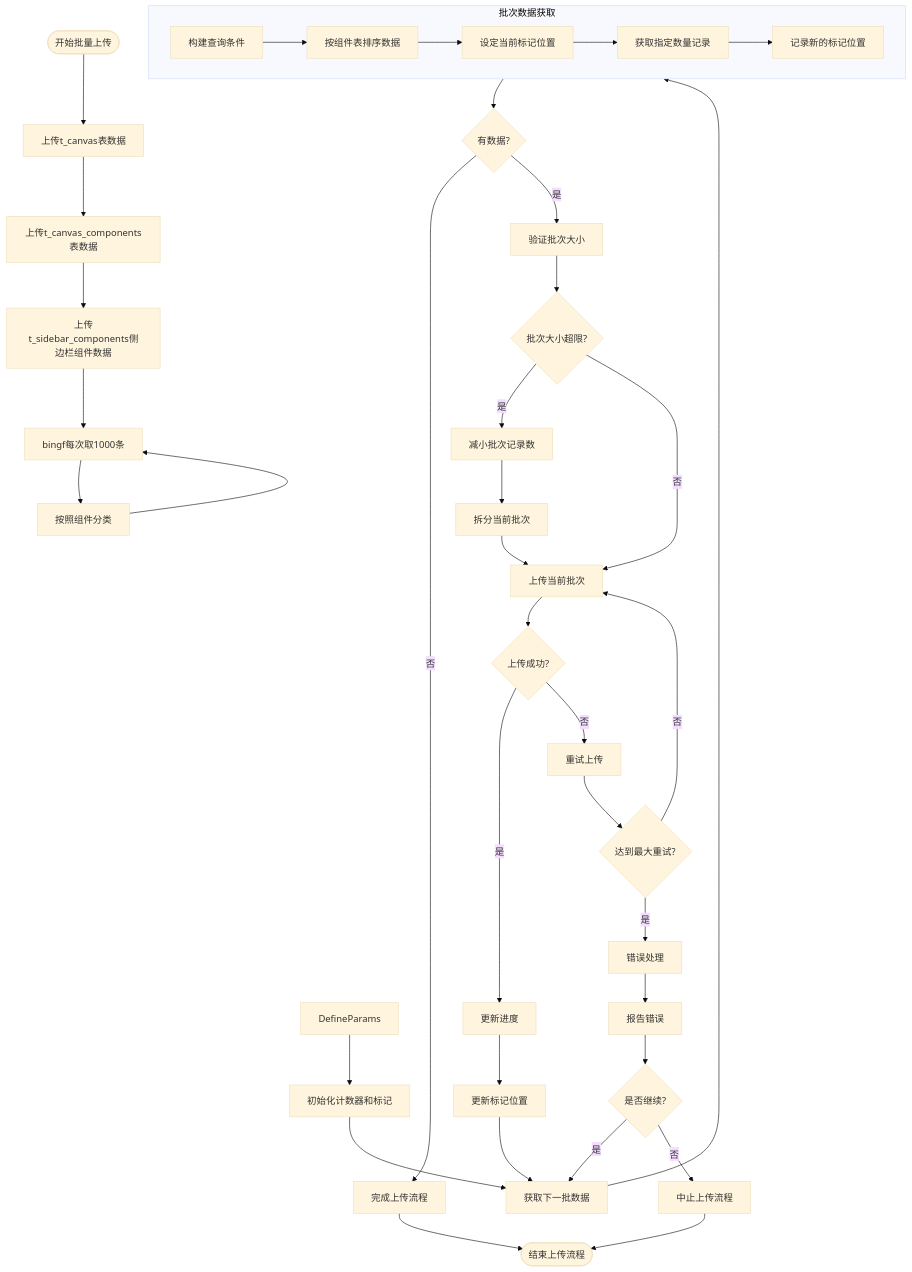
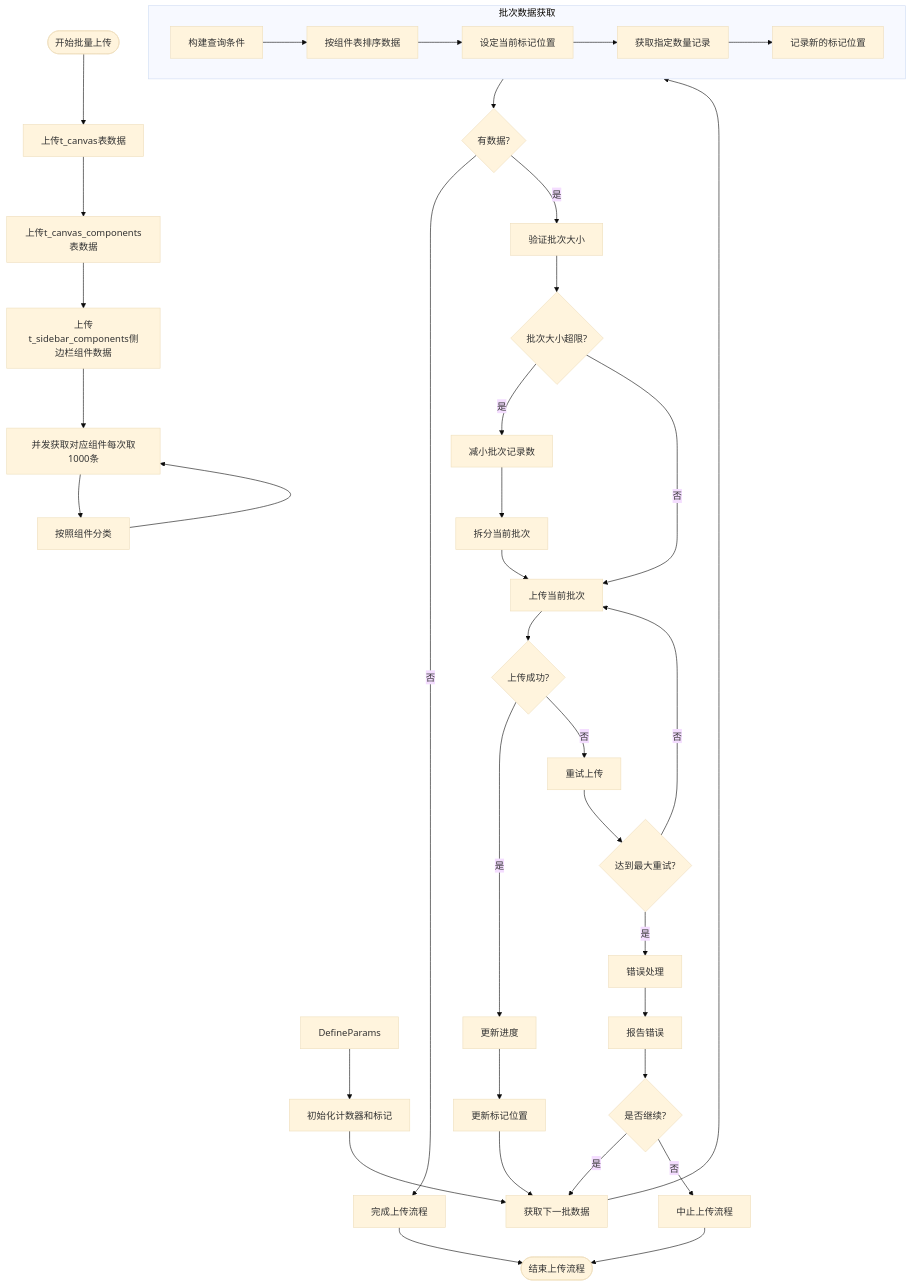
One commit to yingjianzh/iodraw-files changed the diagram in all/未命名-51.md. Above: the diagram before and after it, drawn with Mermaid (base theme).

Commit message:
2025-05-08 17:27:29 update

````diff
--- a/all/未命名-51.md
+++ b/all/未命名-51.md
@@ -1,54 +1,54 @@
 ```mermaid
 flowchart TD
     Start([开始批量上传]) --> UploadSpaceData[上传t_canvas表数据]
     UploadSpaceData --> UploadComponentListData[上传t_canvas_components表数据]
     UploadComponentListData --> UploadSiderComponent[上传t_sidebar_components侧边栏组件数据]
     
     UploadSiderComponent --> UploadData[获取需要上传的组件/组件实例表]
 
     UploadData --> ClassifyData[按照组件分类]
 
-    ClassifyData --> UploadData[bingf每次取1000条]
+    ClassifyData --> UploadData[并发获取对应组件每次取1000条]
     DefineParams --> InitCounters[初始化计数器和标记]
     
     InitCounters --> FetchNextBatch[获取下一批数据]
     
     subgraph BatchFetch [批次数据获取]
         A[构建查询条件] --> B[按组件表排序数据]
         B --> C[设定当前标记位置]
         C --> D[获取指定数量记录]
         D --> E[记录新的标记位置]
     end
     
     FetchNextBatch --> BatchFetch
     
     BatchFetch --> CheckResults{有数据?}
     CheckResults -->|否| CompleteUpload[完成上传流程]
     CheckResults -->|是| ValidateBatch[验证批次大小]
     
     ValidateBatch --> SizeTooLarge{批次大小超限?}
     SizeTooLarge -->|是| AdjustBatchSize[减小批次记录数]
     SizeTooLarge -->|否| UploadBatch[上传当前批次]
     
     AdjustBatchSize --> SplitBatch[拆分当前批次]
     SplitBatch --> UploadBatch
     
     UploadBatch --> UploadSuccess{上传成功?}
     UploadSuccess -->|是| UpdateProgress[更新进度]
     UploadSuccess -->|否| RetryUpload[重试上传]
     
     RetryUpload --> MaxRetries{达到最大重试?}
     MaxRetries -->|否| UploadBatch
     MaxRetries -->|是| ErrorHandling[错误处理]
     
     ErrorHandling --> ReportError[报告错误]
     ReportError --> ContinueOption{是否继续?}
     ContinueOption -->|是| FetchNextBatch
     ContinueOption -->|否| AbortProcess[中止上传流程]
     
     UpdateProgress --> UpdateMarker[更新标记位置]
     UpdateMarker --> FetchNextBatch
     
     CompleteUpload --> End([结束上传流程])
     AbortProcess --> End
 ```
````
